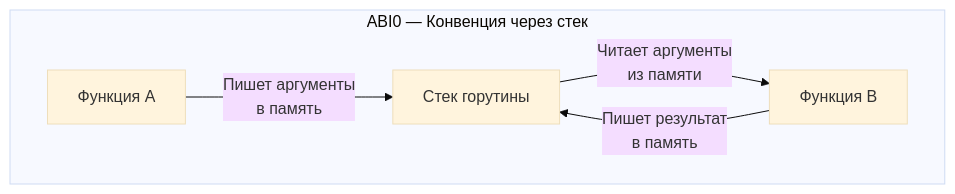
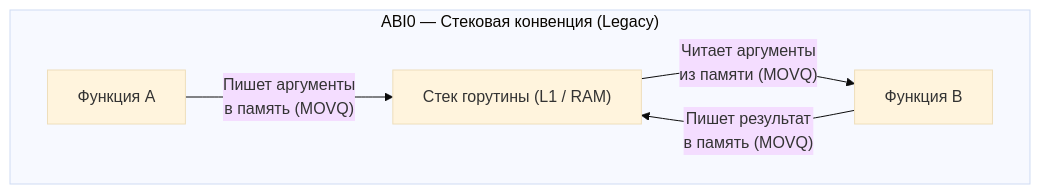
One commit to UnrealTemplier/go-textbook changed the first of 3 diagrams in sources/7. Глубокий Go (Внутреннее устройство)/6. ABIInternal и ABI0. Как Go вызывает функции.md. Above: the diagram before and after it, drawn with Mermaid (base theme). The commit also changed other lines of this file, not shown here.

````diff
--- a/sources/7. Глубокий Go (Внутреннее устройство)/6. ABIInternal и ABI0. Как Go вызывает функции.md
+++ b/sources/7. Глубокий Go (Внутреннее устройство)/6. ABIInternal и ABI0. Как Go вызывает функции.md
@@ -28,8 +35,8 @@
 ```mermaid
 flowchart TD
-    subgraph ABI_ZERO ["ABI0 — Конвенция через стек"]
-        CALLER0["Функция A"] -->|"Пишет аргументы<br>в память"| STACK["Стек горутины"]
-        STACK -->|"Читает аргументы<br>из памяти"| CALLEE0["Функция B"]
-        CALLEE0 -->|"Пишет результат<br>в память"| STACK
+    subgraph ABI_ZERO ["ABI0 — Стековая конвенция (Legacy)"]
+        CALLER0["Функция A"] -->|"Пишет аргументы<br>в память (MOVQ)"| STACK["Стек горутины (L1 / RAM)"]
+        STACK -->|"Читает аргументы<br>из памяти (MOVQ)"| CALLEE0["Функция B"]
+        CALLEE0 -->|"Пишет результат<br>в память (MOVQ)"| STACK
     end
 ```
````
